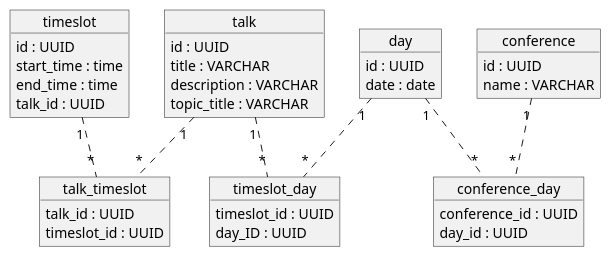
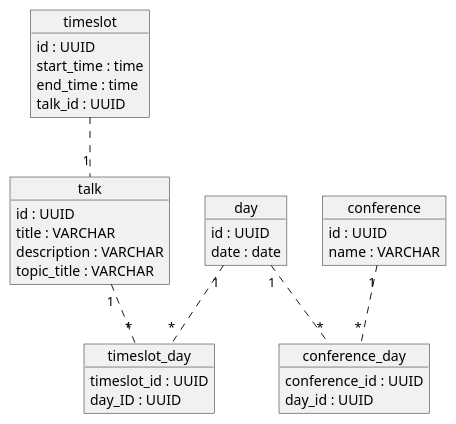
Before and after one commit to Westerdals/pgr200-eksamen-tordjon: the diagram in diagrams/database/database.puml, drawn with PlantUML. The commit also changed 4 other files, not shown here.

Commit message:
made two class diagrams

```diff
--- a/diagrams/database/database.puml
+++ b/diagrams/database/database.puml
@@ -1,51 +1,45 @@
 @startuml Arbeidskrav 2
 
     object talk {
         id : UUID 
         title : VARCHAR 
         description : VARCHAR 
         topic_title : VARCHAR 
     }
 
     object timeslot {
         id : UUID
         start_time : time 
         end_time : time 
         talk_id : UUID 
     }
 
     object conference {
         id : UUID 
         name : VARCHAR
     }
 
     object day {
         id : UUID 
         date : date 
     }
 
     object timeslot_day {
         timeslot_id : UUID 
         day_ID : UUID 
     }
 
-    object talk_timeslot {
-        talk_id : UUID 
-        timeslot_id : UUID 
-    }
 
     object conference_day {
         conference_id : UUID 
         day_id : UUID 
     }
 
     talk "1" .. "*" timeslot_day
     day "1"  .. "*" timeslot_day
 
-    talk "1"     .. "*" talk_timeslot
-    timeslot "1" .. "*" talk_timeslot
-
     conference "1" .. "*" conference_day
     day "1"        .. "*" conference_day
     
+    timeslot .. "1" talk
 @enduml
```
